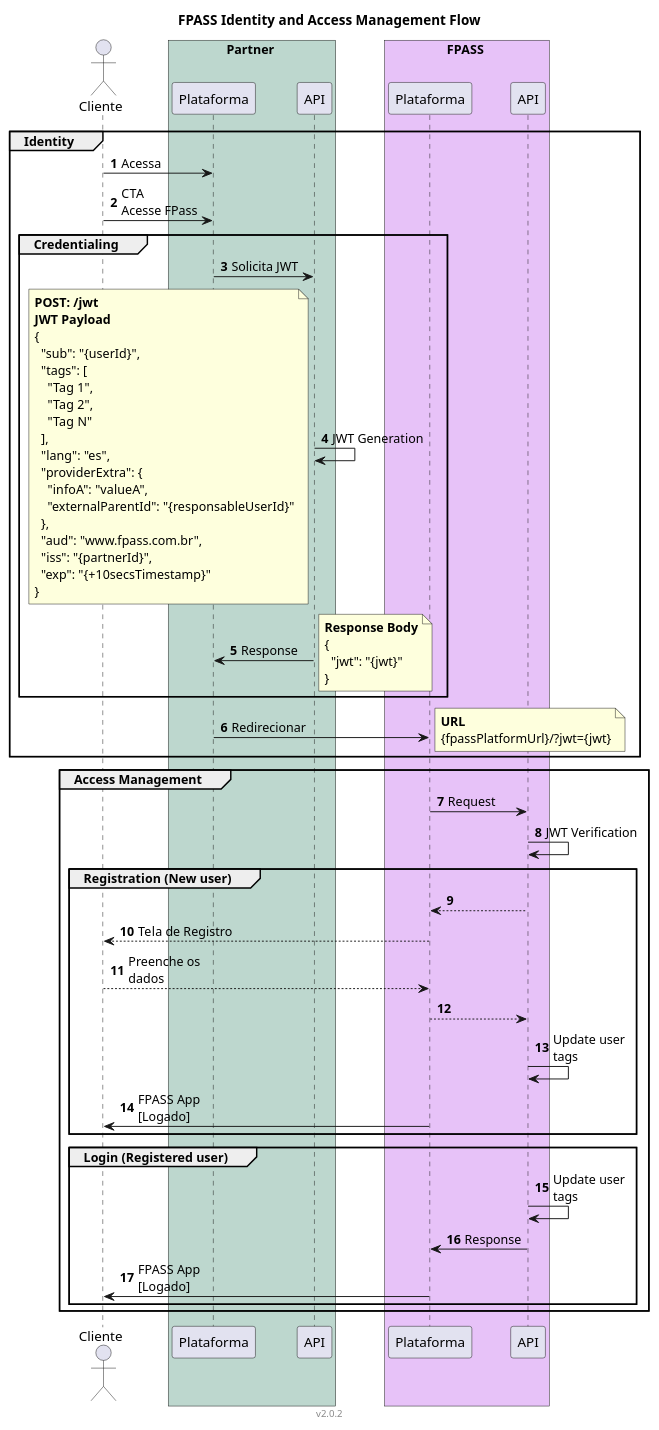
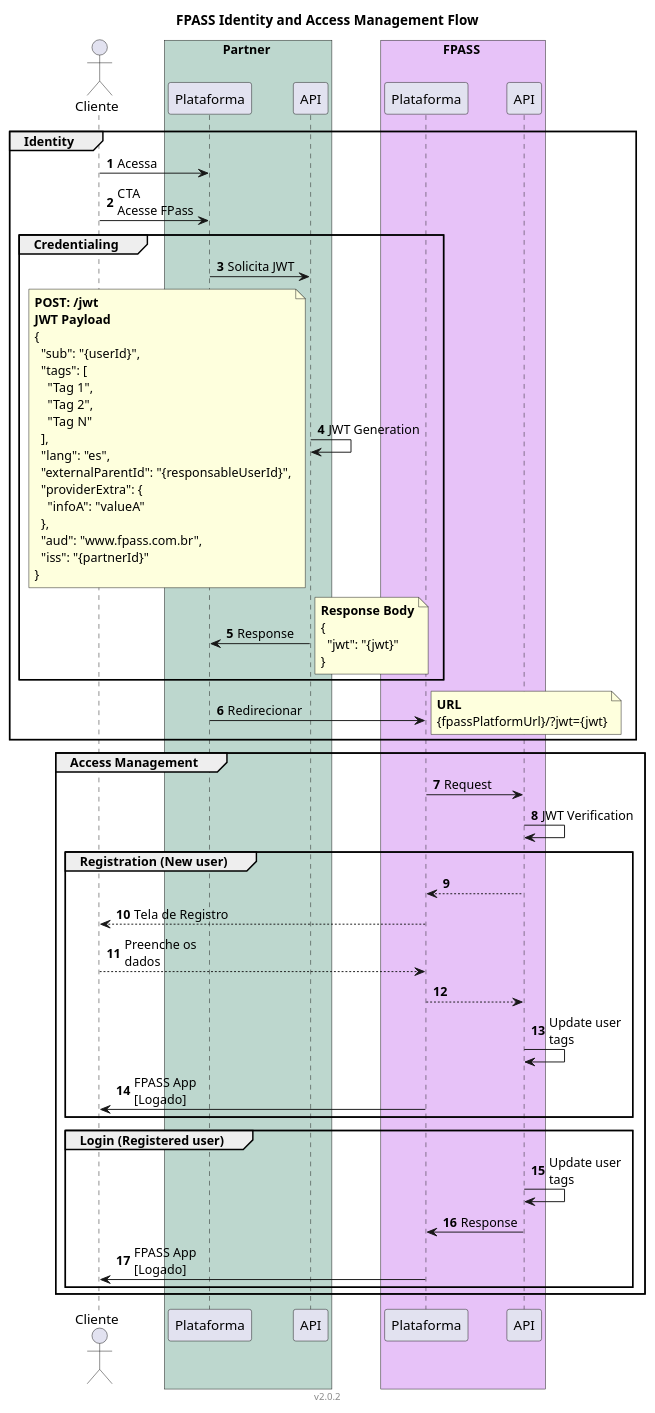
Before and after one commit to Holding-Fpass/iam-provider-sdk: the diagram in uml/iam-overview-v2.0.4.iuml, drawn with PlantUML.

```diff
--- a/uml/iam-overview-v2.0.4.iuml
+++ b/uml/iam-overview-v2.0.4.iuml
@@ -1,82 +1,81 @@
 @startuml IAM Flow
 title FPASS Identity and Access Management Flow
 footer v2.0.2
 autonumber
 skinparam MaxMessageSize 100
 
 actor Cliente
 
 box Partner #2d7f6250
 participant "Plataforma" as PartnerApp
 participant "API" as PartnerAPI
 end box
 
 box FPASS #b43de750
 participant "Plataforma" as FpassApp
 participant "API" as FpassAPI
 end box
 
 group Identity
 Cliente -> PartnerApp: Acessa
 Cliente -> PartnerApp: CTA\nAcesse FPass
 
 group Credentialing
 
 PartnerApp -> PartnerAPI: Solicita JWT
 PartnerAPI -> PartnerAPI: JWT Generation
 note left
 **POST: /jwt**
 **JWT Payload**
 {
   "sub": "{userId}",
   "tags": [
     "Tag 1",
     "Tag 2",
     "Tag N"
   ],
   "lang": "es",
+  "externalParentId": "{responsableUserId}",
   "providerExtra": {
-    "infoA": "valueA",
-    "externalParentId": "{responsableUserId}"
+    "infoA": "valueA"
   },
   "aud": "www.fpass.com.br",
-  "iss": "{partnerId}",
-  "exp": "{+10secsTimestamp}"
+  "iss": "{partnerId}"
 }
 end note
 PartnerAPI -> PartnerApp: Response
 note right
 **Response Body**
 {
   "jwt": "{jwt}"
 }
 end note
 end
 
 PartnerApp -> FpassApp: Redirecionar
 note right
 **URL**
 {fpassPlatformUrl}/?jwt={jwt}
 end note
 end
 
 group Access Management
 FpassApp -> FpassAPI: Request
 FpassAPI -> FpassAPI: JWT Verification
 group Registration (New user)
 FpassAPI --> FpassApp
 FpassApp --> Cliente: Tela de Registro
 Cliente --> FpassApp: Preenche os dados
 FpassApp --> FpassAPI
 FpassAPI -> FpassAPI: Update user tags
 FpassApp -> Cliente: FPASS App [Logado]
 end
 group Login (Registered user)
 FpassAPI -> FpassAPI: Update user tags
 FpassAPI -> FpassApp: Response
 FpassApp -> Cliente: FPASS App [Logado]
 end
 end
 
 
 @enduml
```
